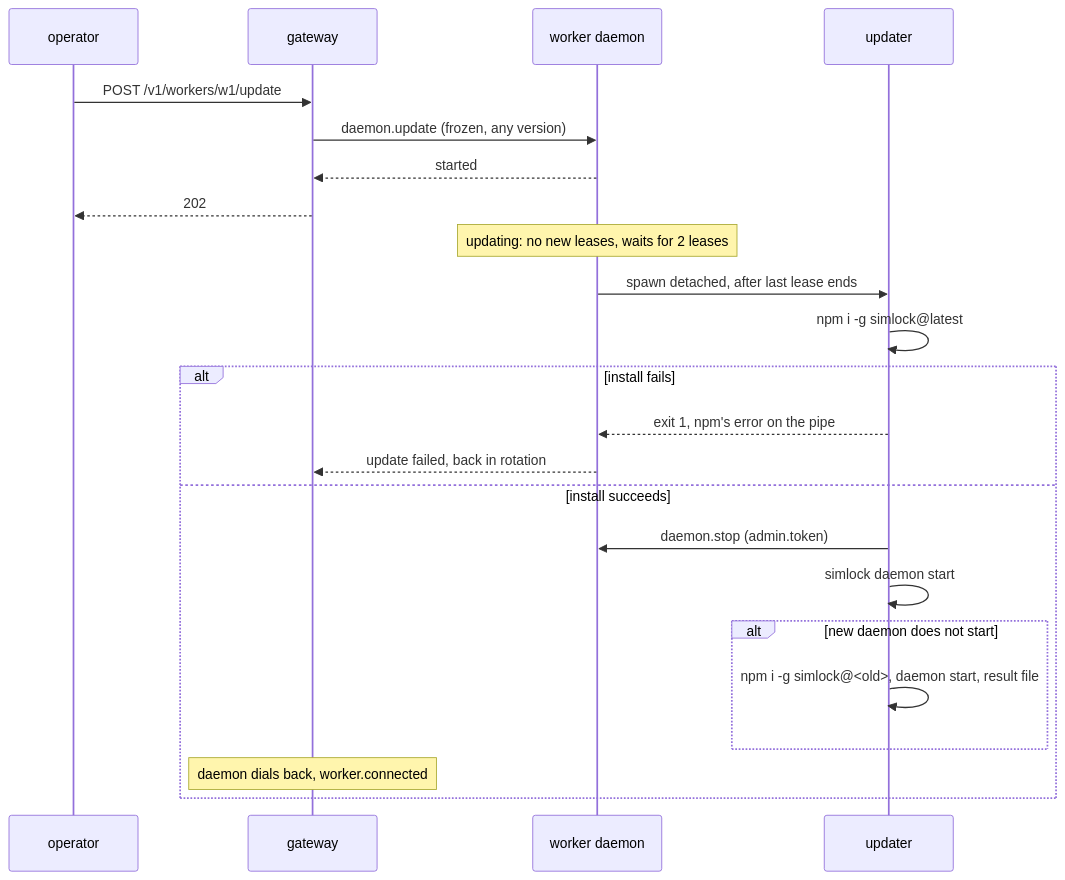
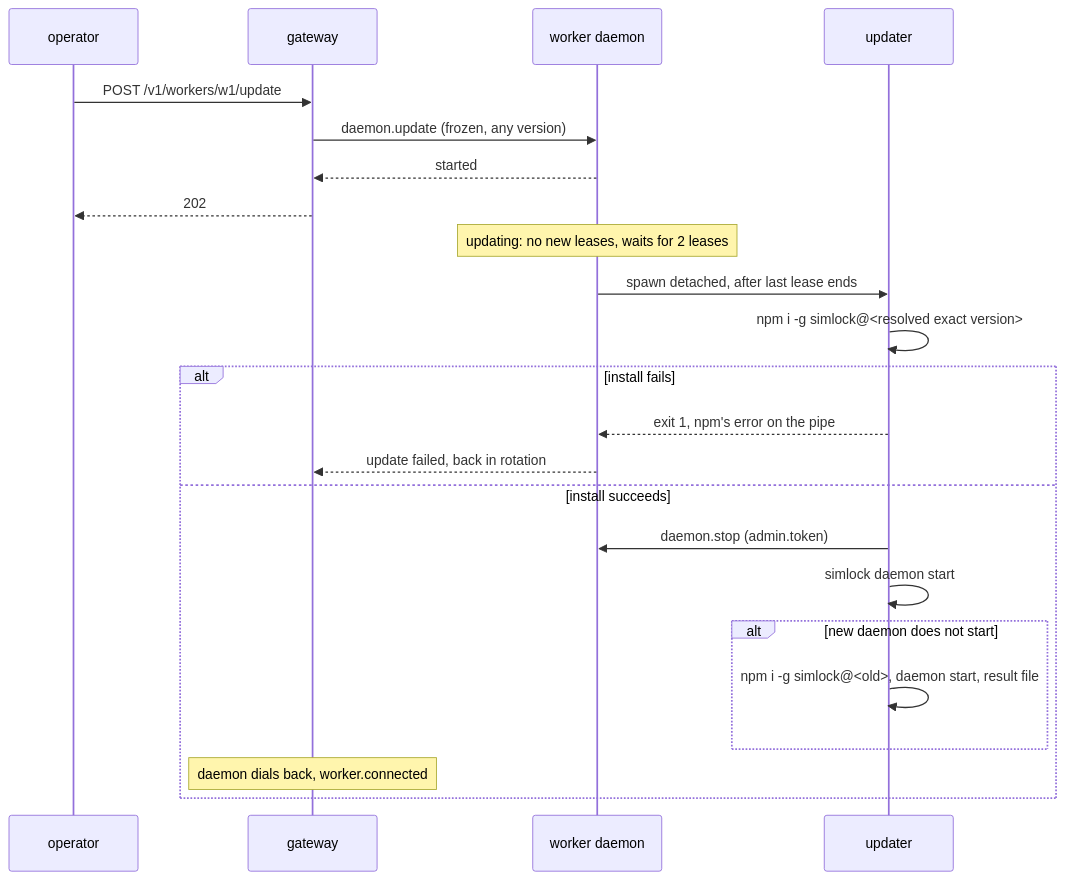
The second of 3 diagrams in docs/internal/adr/0042-simlock-updates-itself-through-a-frozen-call-and-a-detached-updater.md (callstackincubator/simlock), drawn with Mermaid before and after one commit. The commit also changed other lines of this file and 1 other file, not shown here.

Commit message:
docs(adr): 0042 rollback under a service manager, one-Mac update by hand, exact versions, ADR index order

````diff
--- a/docs/internal/adr/0042-simlock-updates-itself-through-a-frozen-call-and-a-detached-updater.md
+++ b/docs/internal/adr/0042-simlock-updates-itself-through-a-frozen-call-and-a-detached-updater.md
@@ -158,25 +166,25 @@
 ```mermaid
 sequenceDiagram
   participant O as operator
   participant G as gateway
   participant W as worker daemon
   participant U as updater
   O->>G: POST /v1/workers/w1/update
   G->>W: daemon.update (frozen, any version)
   W-->>G: started
   G-->>O: 202
   Note over W: updating: no new leases, waits for 2 leases
   W->>U: spawn detached, after last lease ends
-  U->>U: npm i -g simlock@latest
+  U->>U: npm i -g simlock@<resolved exact version>
   alt install fails
     U-->>W: exit 1, npm's error on the pipe
     W-->>G: update failed, back in rotation
   else install succeeds
     U->>W: daemon.stop (admin.token)
     U->>U: simlock daemon start
     alt new daemon does not start
       U->>U: npm i -g simlock@<old>, daemon start, result file
     end
     Note over G: daemon dials back, worker.connected
   end
 ```
````
